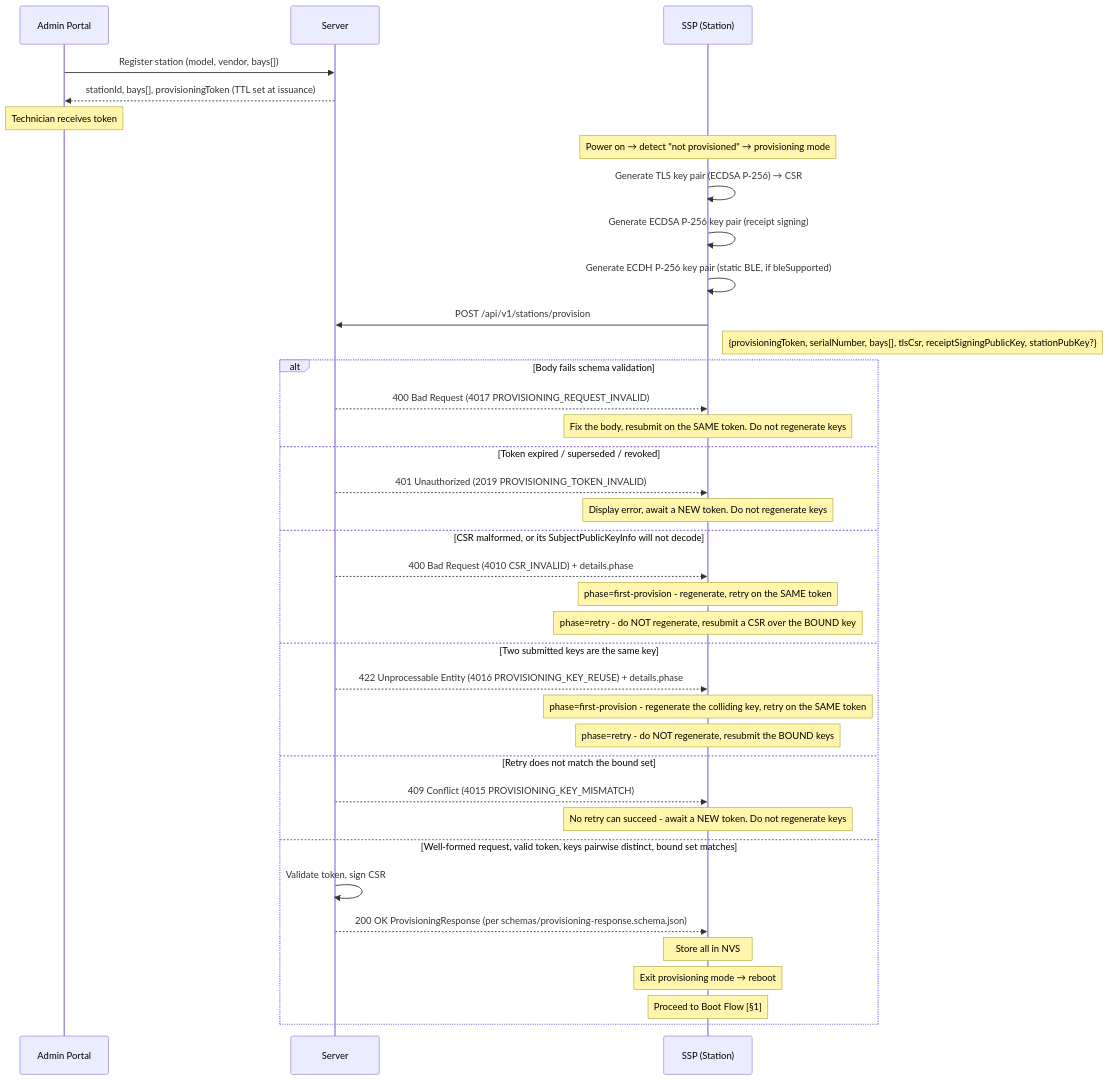
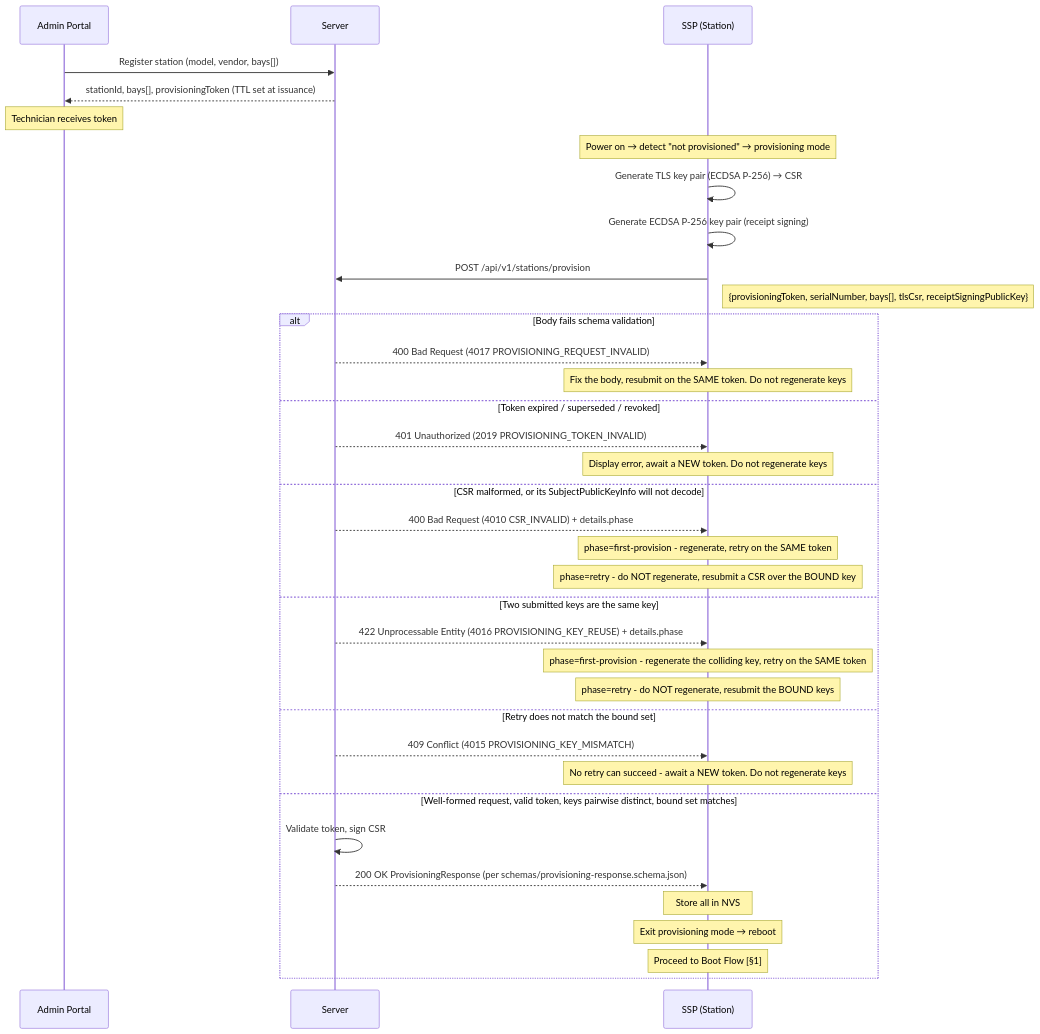
The second of 19 diagrams in spec/04-flows.md (ospp-org/spec), drawn with Mermaid before and after one commit. The commit also changed other lines of this file and 183 other files, not shown here.

````diff
--- a/spec/04-flows.md
+++ b/spec/04-flows.md
@@ -211,44 +211,43 @@
 ```mermaid
 sequenceDiagram
     participant Admin as Admin Portal
     participant Server
     participant SSP as SSP (Station)
 
     Admin->>Server: Register station (model, vendor, bays[])
     Server-->>Admin: stationId, bays[], provisioningToken (TTL set at issuance)
     Note over Admin: Technician receives token
 
     Note over SSP: Power on → detect "not provisioned" → provisioning mode
 
     SSP->>SSP: Generate TLS key pair (ECDSA P-256) → CSR
     SSP->>SSP: Generate ECDSA P-256 key pair (receipt signing)
-    SSP->>SSP: Generate ECDH P-256 key pair (static BLE, if bleSupported)
 
     SSP->>Server: POST /api/v1/stations/provision
-    Note right of SSP: {provisioningToken, serialNumber, bays[], tlsCsr, receiptSigningPublicKey, stationPubKey?}
+    Note right of SSP: {provisioningToken, serialNumber, bays[], tlsCsr, receiptSigningPublicKey}
 
     alt Body fails schema validation
         Server-->>SSP: 400 Bad Request (4017 PROVISIONING_REQUEST_INVALID)
         Note over SSP: Fix the body, resubmit on the SAME token. Do not regenerate keys
     else Token expired / superseded / revoked
         Server-->>SSP: 401 Unauthorized (2019 PROVISIONING_TOKEN_INVALID)
         Note over SSP: Display error, await a NEW token. Do not regenerate keys
     else CSR malformed, or its SubjectPublicKeyInfo will not decode
         Server-->>SSP: 400 Bad Request (4010 CSR_INVALID) + details.phase
         Note over SSP: phase=first-provision - regenerate, retry on the SAME token
         Note over SSP: phase=retry - do NOT regenerate, resubmit a CSR over the BOUND key
     else Two submitted keys are the same key
         Server-->>SSP: 422 Unprocessable Entity (4016 PROVISIONING_KEY_REUSE) + details.phase
         Note over SSP: phase=first-provision - regenerate the colliding key, retry on the SAME token
         Note over SSP: phase=retry - do NOT regenerate, resubmit the BOUND keys
     else Retry does not match the bound set
         Server-->>SSP: 409 Conflict (4015 PROVISIONING_KEY_MISMATCH)
         Note over SSP: No retry can succeed - await a NEW token. Do not regenerate keys
     else Well-formed request, valid token, keys pairwise distinct, bound set matches
         Server->>Server: Validate token, sign CSR
         Server-->>SSP: 200 OK ProvisioningResponse (per schemas/provisioning-response.schema.json)
         Note over SSP: Store all in NVS
         Note over SSP: Exit provisioning mode → reboot
         Note over SSP: Proceed to Boot Flow [§1]
     end
 ```
````
